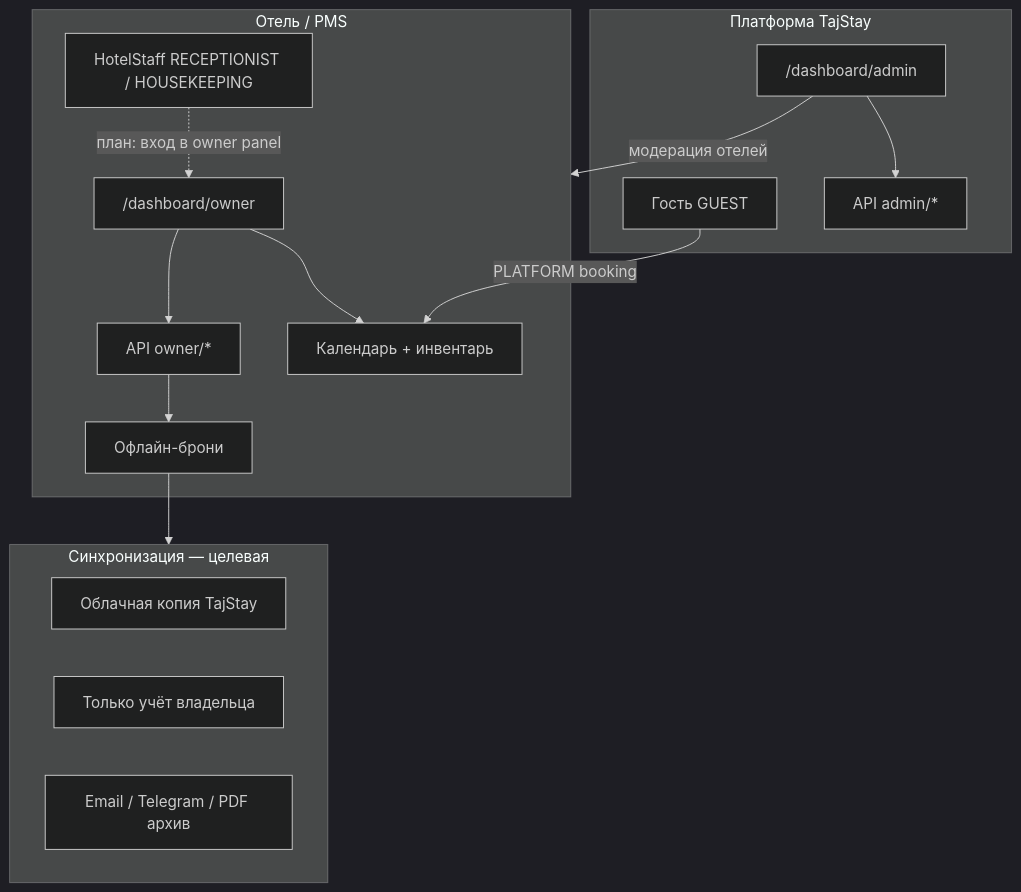
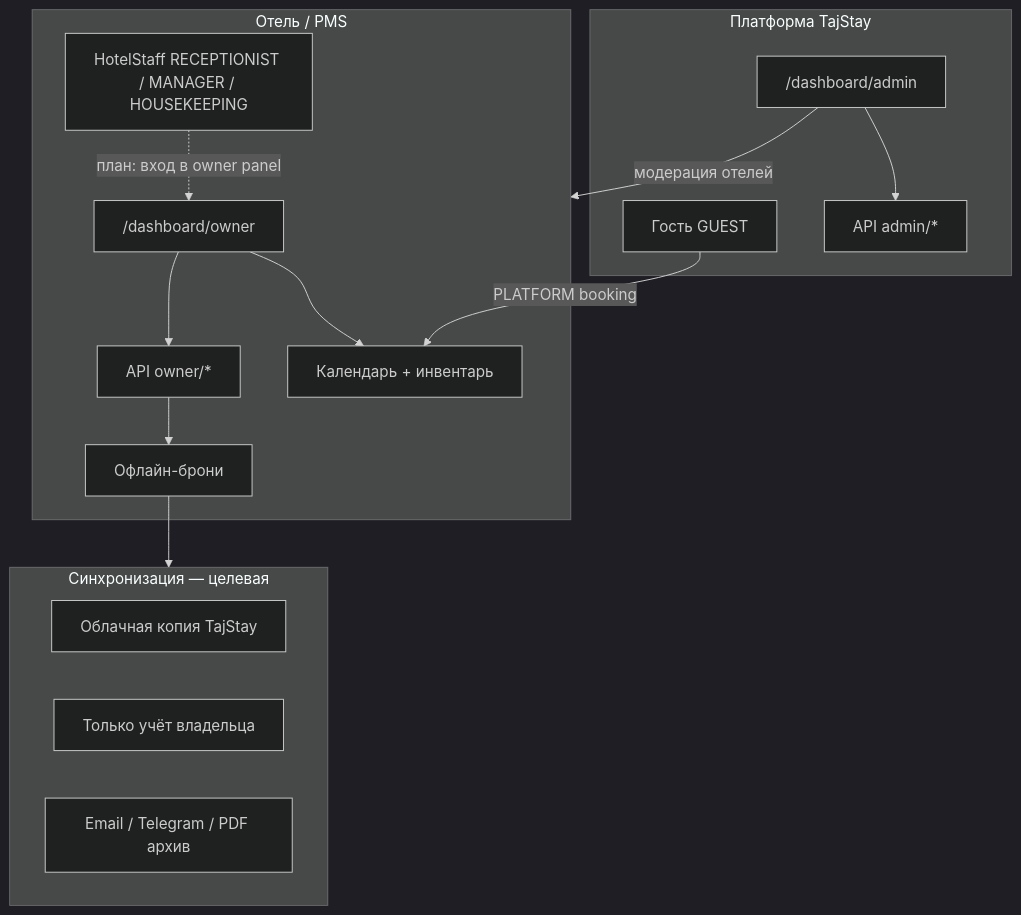
The first of 3 diagrams in docs/PMS-RBAC-SYNC.md (Xzba626/Tajstay.tj), drawn with Mermaid (dark theme) before and after one commit. The commit also changed other lines of this file and 3 other files, not shown here.

First line of the commit message:
Close PMS doc section 7 with product decisions; add MANAGER staff role

````diff
--- a/docs/PMS-RBAC-SYNC.md
+++ b/docs/PMS-RBAC-SYNC.md
@@ -35,30 +35,30 @@
 ```mermaid
 flowchart TB
   subgraph platform [Платформа TajStay]
     Guest[Гость GUEST]
     AdminPanel["/dashboard/admin"]
     AdminAPI[API admin/*]
   end
 
   subgraph hotel [Отель / PMS]
     OwnerPanel["/dashboard/owner"]
     OwnerAPI[API owner/*]
-    Staff[HotelStaff RECEPTIONIST / HOUSEKEEPING]
+    Staff[HotelStaff RECEPTIONIST / MANAGER / HOUSEKEEPING]
     Calendar[Календарь + инвентарь]
     Offline[Офлайн-брони]
   end
 
   subgraph sync [Синхронизация — целевая]
     CloudSync[Облачная копия TajStay]
     LocalOnly[Только учёт владельца]
     Backup[Email / Telegram / PDF архив]
   end
 
   Guest -->|PLATFORM booking| Calendar
   OwnerPanel --> OwnerAPI --> Offline
   OwnerPanel --> Calendar
   Staff -.->|план: вход в owner panel| OwnerPanel
   Offline --> sync
   AdminPanel --> AdminAPI
   AdminPanel -->|модерация отелей| hotel
 ```
````
